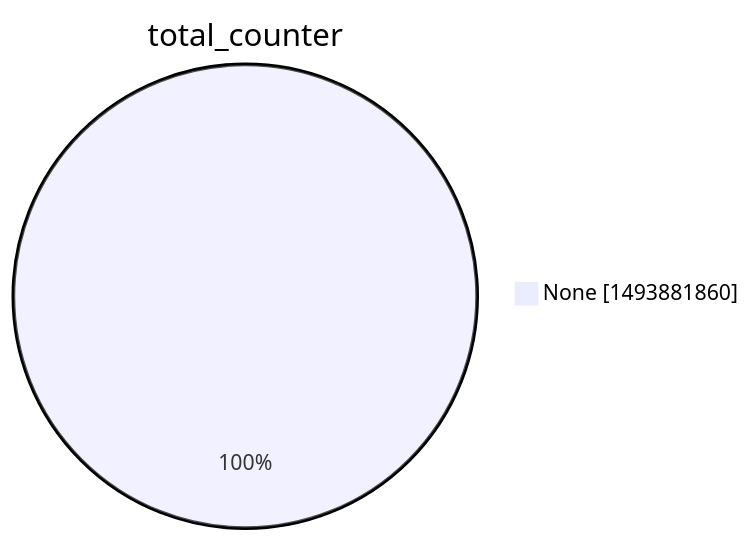
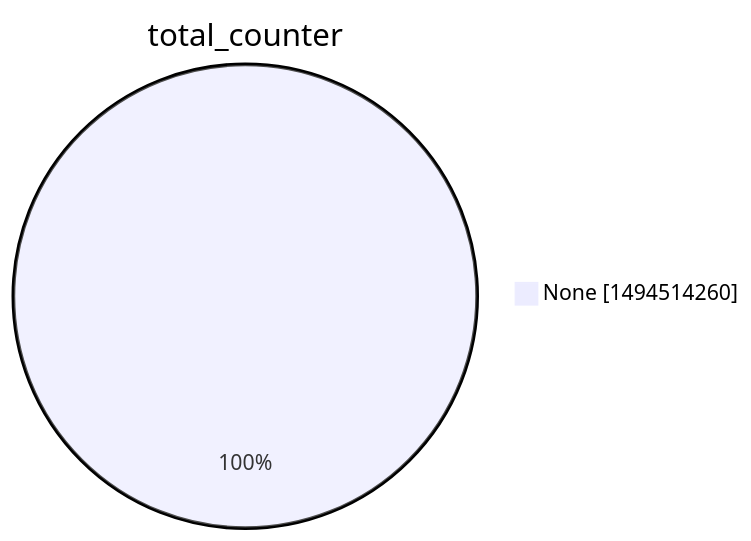
The second of 15 diagrams in argon2022/README.md (christiankrug/ctmonitor_visualization), drawn with Mermaid before and after one commit. The commit also changed other lines of this file, not shown here.

````diff
--- a/argon2022/README.md
+++ b/argon2022/README.md
@@ -9,5 +9,5 @@
 ```mermaid
 pie showData
 title total_counter
-"None" :1493881860
+"None" :1494514260
 ```
````
